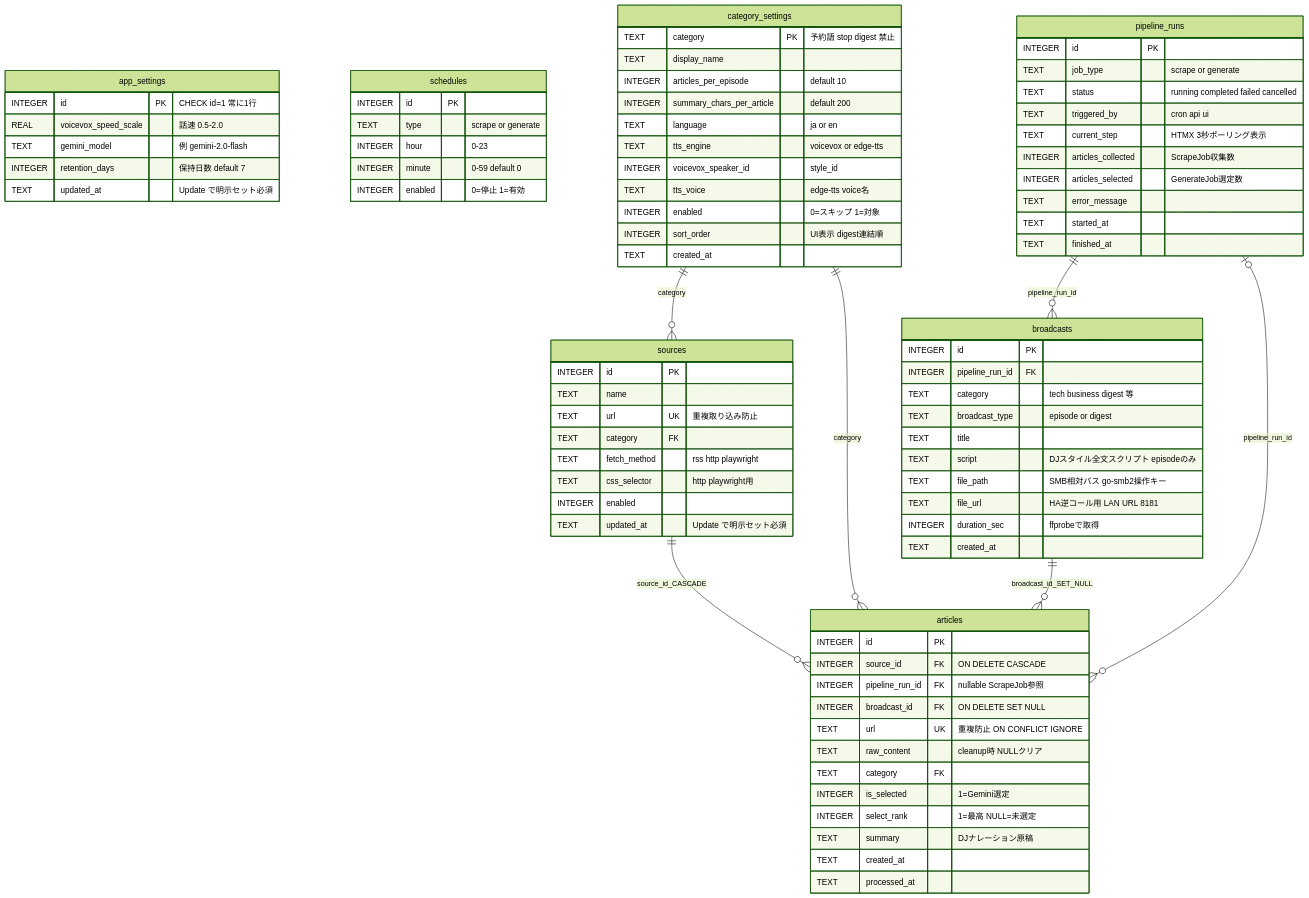
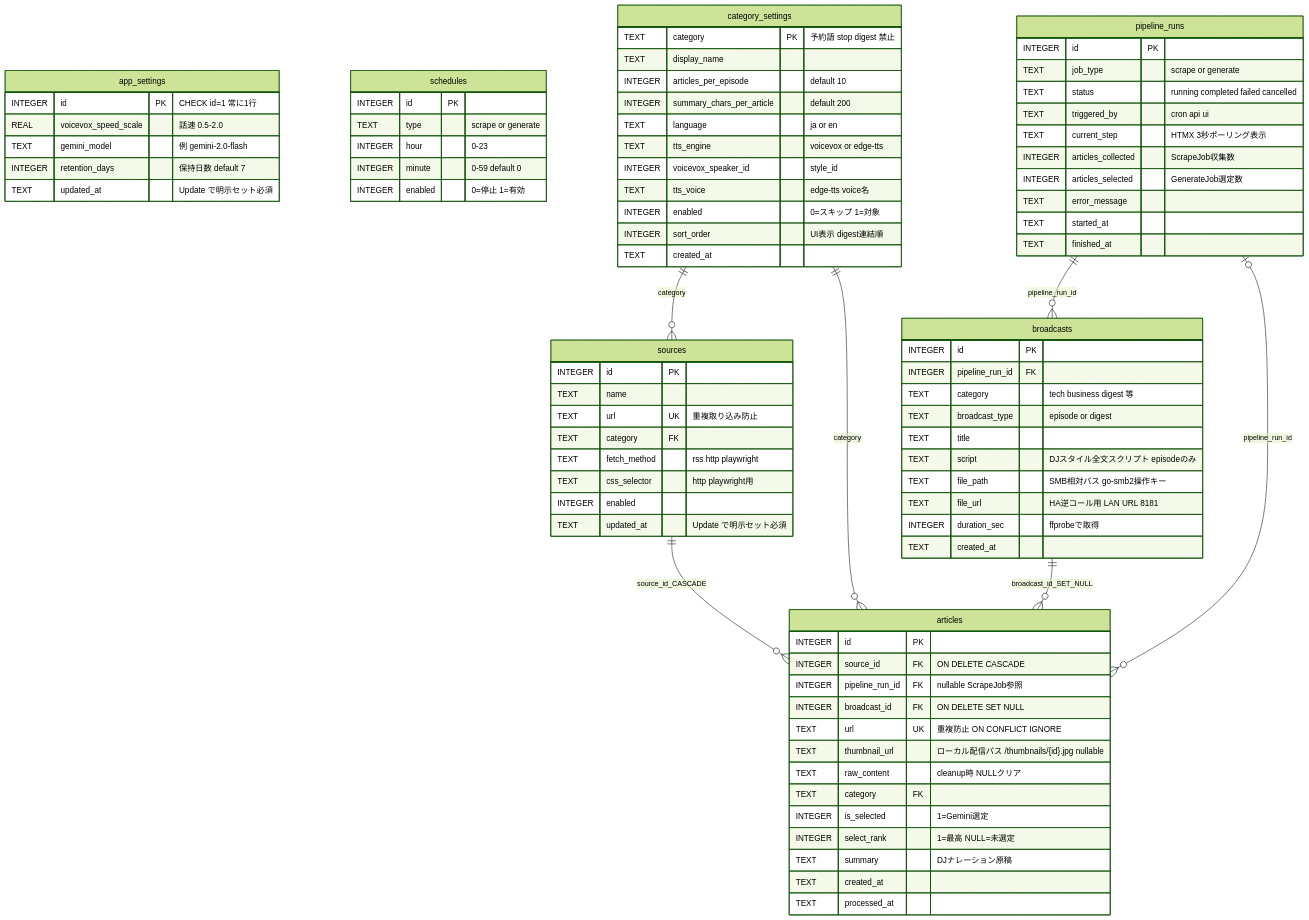
One commit to svhome01/ai-news changed the third of 13 diagrams in PLAN.md. Above: the diagram before and after it, drawn with Mermaid (forest theme). The commit also changed other lines of this file, not shown here.

Commit message:
Update PLAN.md to include thumbnail storage details and related processing steps for article images

```diff
--- a/PLAN.md
+++ b/PLAN.md
@@ -464,6 +488,7 @@
         INTEGER pipeline_run_id FK "nullable ScrapeJob参照"
         INTEGER broadcast_id FK "ON DELETE SET NULL"
         TEXT url UK "重複防止 ON CONFLICT IGNORE"
+        TEXT thumbnail_url "ローカル配信パス /thumbnails/{id}.jpg nullable"
         TEXT raw_content "cleanup時 NULLクリア"
         TEXT category FK
         INTEGER is_selected "1=Gemini選定"
```
